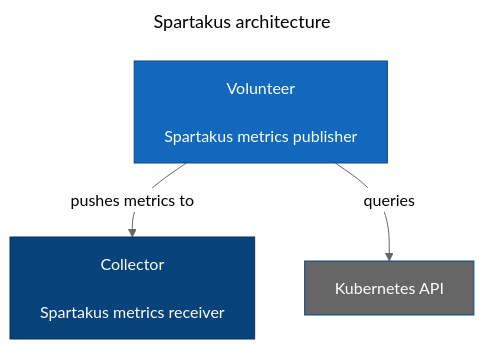
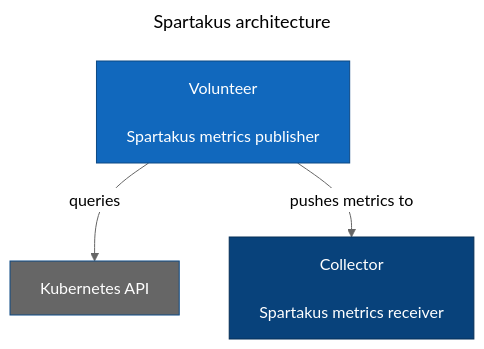
Before and after one commit to agrski/agrski.github.io: the diagram in docs/_drafts/scv2-hodometer-spartakus-container.mmd, drawn with Mermaid (neutral theme). The commit also changed other lines of this file, not shown here.

Commit message:
Reorder edges so deps on left and consumers on right of diagram

```diff
--- a/docs/_drafts/scv2-hodometer-spartakus-container.mmd
+++ b/docs/_drafts/scv2-hodometer-spartakus-container.mmd
@@ -1,27 +1,27 @@
 ---
 title: Spartakus architecture
 ---
 
 flowchart TD
   S["Volunteer
 
     Spartakus metrics publisher"
   ]
 
   C["Collector
 
     Spartakus metrics receiver"
   ]
 
   K["Kubernetes API"]
 
+  S --> |queries| K
   S --> |pushes metrics to| C
-  S --> |queries| K
 
   classDef focusSystem      fill:#1168bd,stroke:#0b4884,color:#ffffff
   classDef supportingSystem fill:#666,stroke:#0b4884,color:#ffffff
   classDef consumingSystem  fill:#08427b,stroke:#052e56,color:#ffffff
 
   class S focusSystem
   class C consumingSystem
   class K supportingSystem
```
